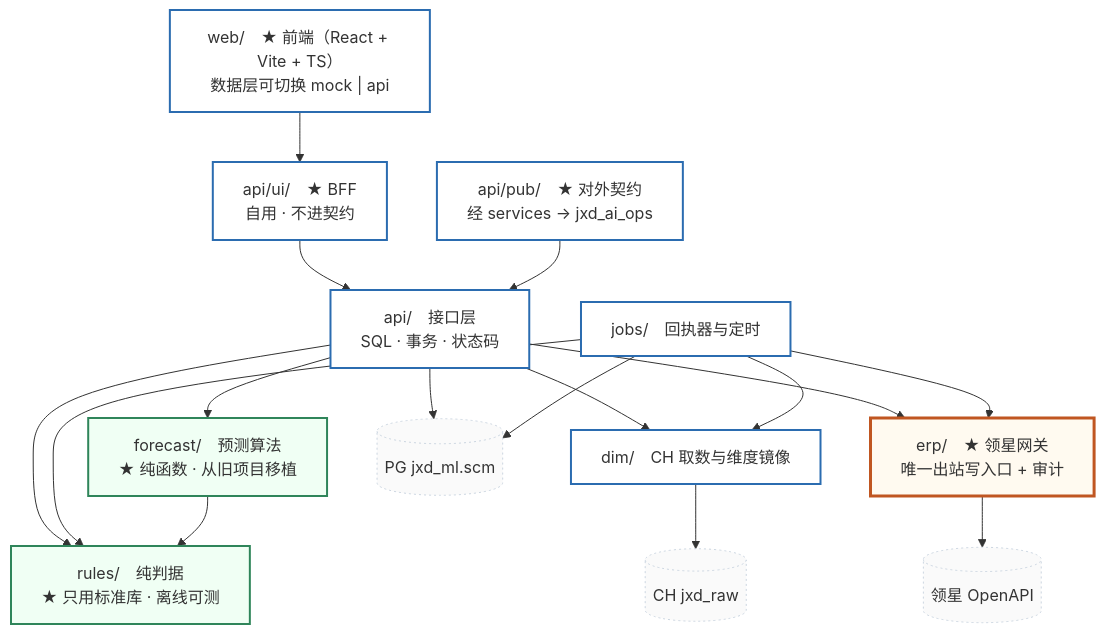
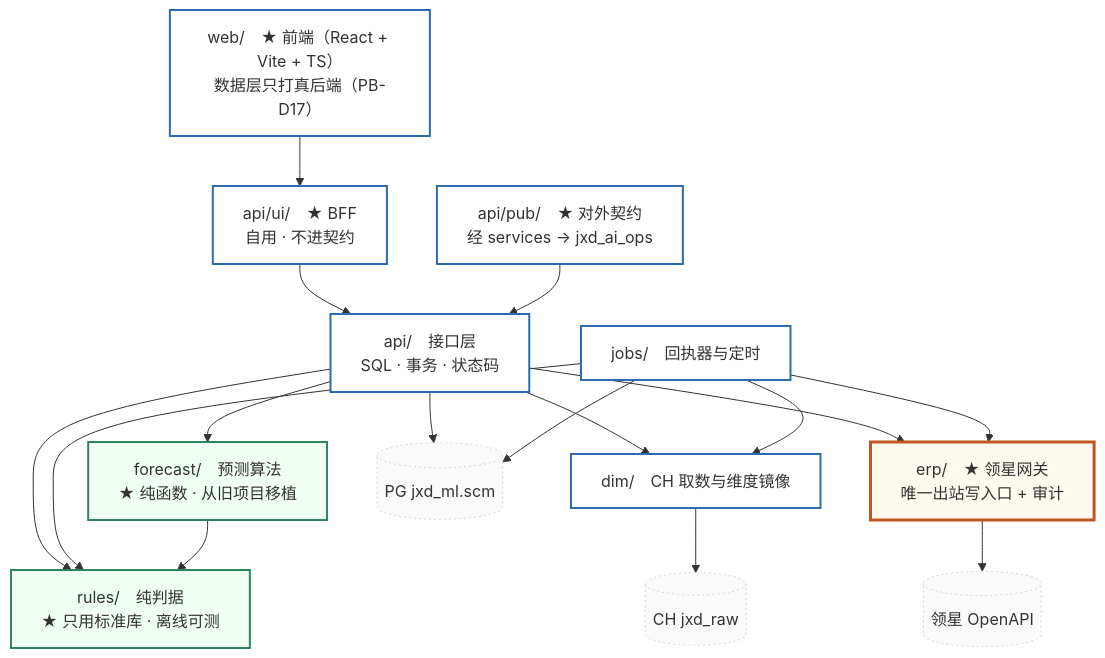
Before and after one commit to DuoWeiTree/service_supplychain: the diagram in docs/01-架构设计.md, drawn with Mermaid. The commit also changed other lines of this file and 9 other files, not shown here.

````diff
--- a/docs/01-架构设计.md
+++ b/docs/01-架构设计.md
@@ -106,41 +106,41 @@
 ```mermaid
 flowchart TD
-    WEB["web/　★ 前端（React + Vite + TS）<br/>数据层可切换 mock | api"]
+    WEB["web/　★ 前端（React + Vite + TS）<br/>数据层只打真后端（PB-D17）"]
     UIAPI["api/ui/　★ BFF<br/>自用 · 不进契约"]
     PUB["api/pub/　★ 对外契约<br/>经 services → jxd_ai_ops"]
     API["api/　接口层<br/>SQL · 事务 · 状态码"]
     JOBS["jobs/　回执器与定时"]
     ERP["erp/　★ 领星网关<br/>唯一出站写入口 + 审计"]
     DIM["dim/　CH 取数与维度镜像"]
     RULES["rules/　纯判据<br/>★ 只用标准库 · 离线可测"]
     FCST["forecast/　预测算法<br/>★ 纯函数 · 从旧项目移植"]
     PG[("PG jxd_ml.scm")]
     CH[("CH jxd_raw")]
     LX[("领星 OpenAPI")]
 
     WEB --> UIAPI
     UIAPI --> API
     PUB --> API
     API --> RULES
     API --> FCST
     API --> DIM
     API --> ERP
     API --> PG
     JOBS --> RULES
     JOBS --> DIM
     JOBS --> ERP
     JOBS --> PG
     ERP --> LX
     DIM --> CH
     FCST --> RULES
 
     classDef pure fill:#f0fff4,stroke:#2f855a,stroke-width:2px
     classDef gate fill:#fffaf0,stroke:#c05621,stroke-width:3px
     classDef io   fill:#ffffff,stroke:#2b6cb0,stroke-width:2px
     classDef ext  fill:#fafafa,stroke:#cbd5e0,stroke-dasharray:2 3
     class RULES,FCST pure
     class ERP gate
     class API,JOBS,DIM,UIAPI io
     class WEB,PUB io
     class PG,CH,LX ext
 ```
````
